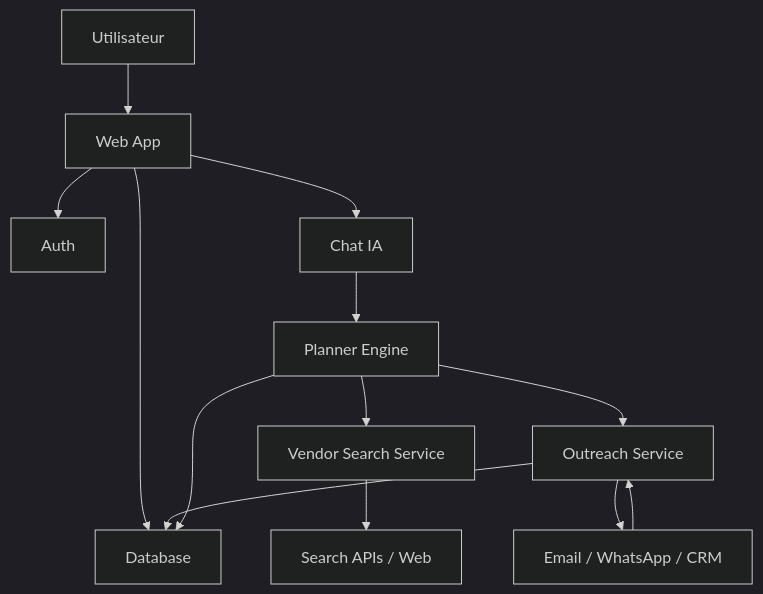
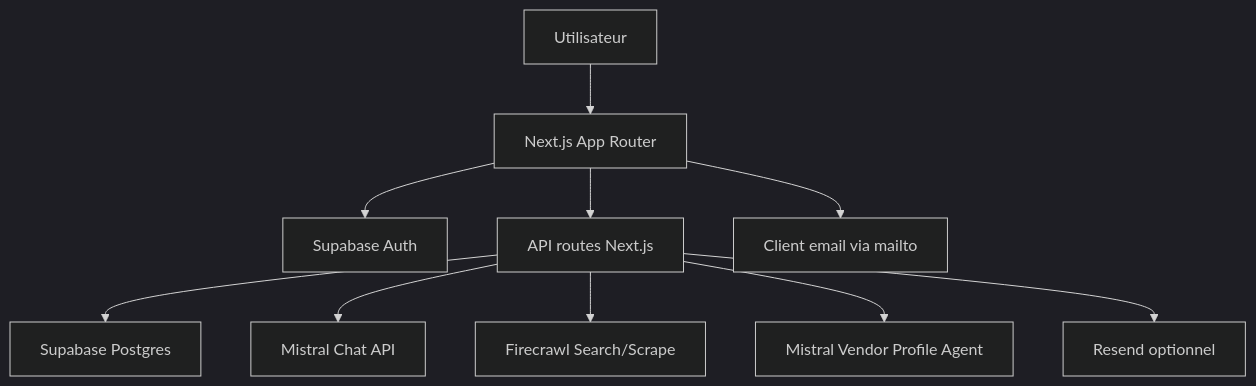
Before and after one commit to enimad/hada: the diagram in docs/system-architecture.md, drawn with Mermaid (dark theme). The commit also changed other lines of this file and 29 other files, not shown here.

````diff
--- a/docs/system-architecture.md
+++ b/docs/system-architecture.md
@@ -5,15 +5,12 @@
 ```mermaid
 flowchart TD
-    A["Utilisateur"] --> B["Web App"]
-    B --> C["Auth"]
-    B --> D["Database"]
-    B --> E["Chat IA"]
-    E --> F["Planner Engine"]
-    F --> G["Vendor Search Service"]
-    F --> H["Outreach Service"]
-    G --> I["Search APIs / Web"]
-    H --> J["Email / WhatsApp / CRM"]
-    J --> H
-    H --> D
-    F --> D
+    U["Utilisateur"] --> W["Next.js App Router"]
+    W --> A["Supabase Auth"]
+    W --> R["API routes Next.js"]
+    R --> DB["Supabase Postgres"]
+    R --> M["Mistral Chat API"]
+    R --> F["Firecrawl Search/Scrape"]
+    R --> N["Mistral Vendor Profile Agent"]
+    R --> E["Resend optionnel"]
+    W --> C["Client email via mailto"]
 ```
````
